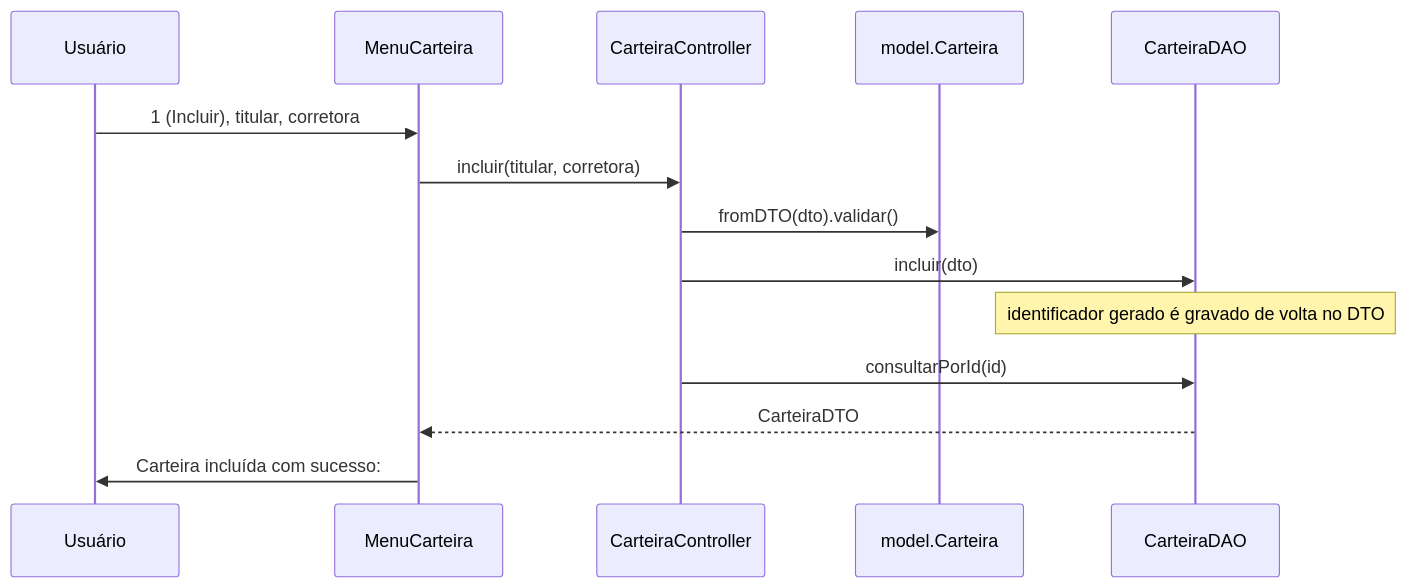
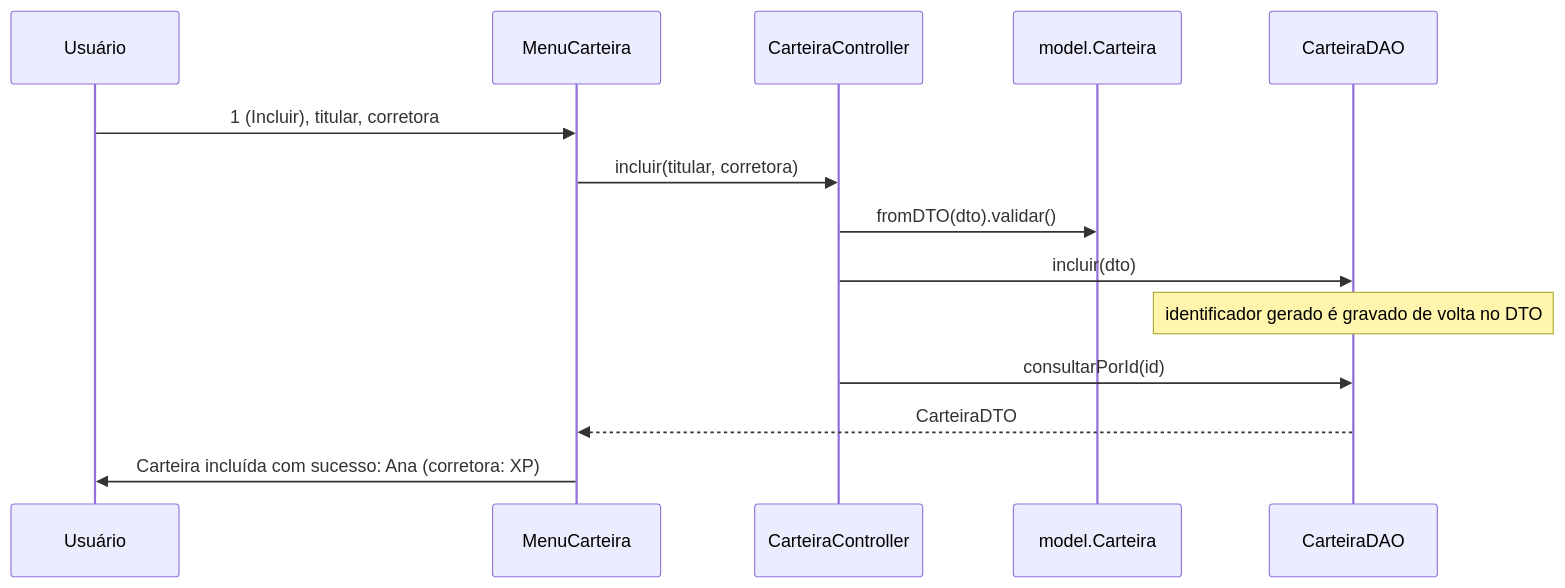
The third of 3 diagrams in docs/fluxo-carteira.md (CassianoBorborema/FT_Coin), drawn with Mermaid before and after one commit. The commit also changed other lines of this file and 26 other files, not shown here.

````diff
--- a/docs/fluxo-carteira.md
+++ b/docs/fluxo-carteira.md
@@ -90,17 +95,17 @@
 ```mermaid
 sequenceDiagram
     participant U as Usuário
     participant MC as MenuCarteira
     participant C as CarteiraController
     participant M as model.Carteira
     participant D as CarteiraDAO
 
     U->>MC: 1 (Incluir), titular, corretora
     MC->>C: incluir(titular, corretora)
     C->>M: fromDTO(dto).validar()
     C->>D: incluir(dto)
     Note over D: identificador gerado é gravado de volta no DTO
     C->>D: consultarPorId(id)
     D-->>MC: CarteiraDTO
-    MC->>U: Carteira incluída com sucesso: #1 - Ana (corretora: XP)
+    MC->>U: Carteira incluída com sucesso: Ana (corretora: XP)
 ```
````
